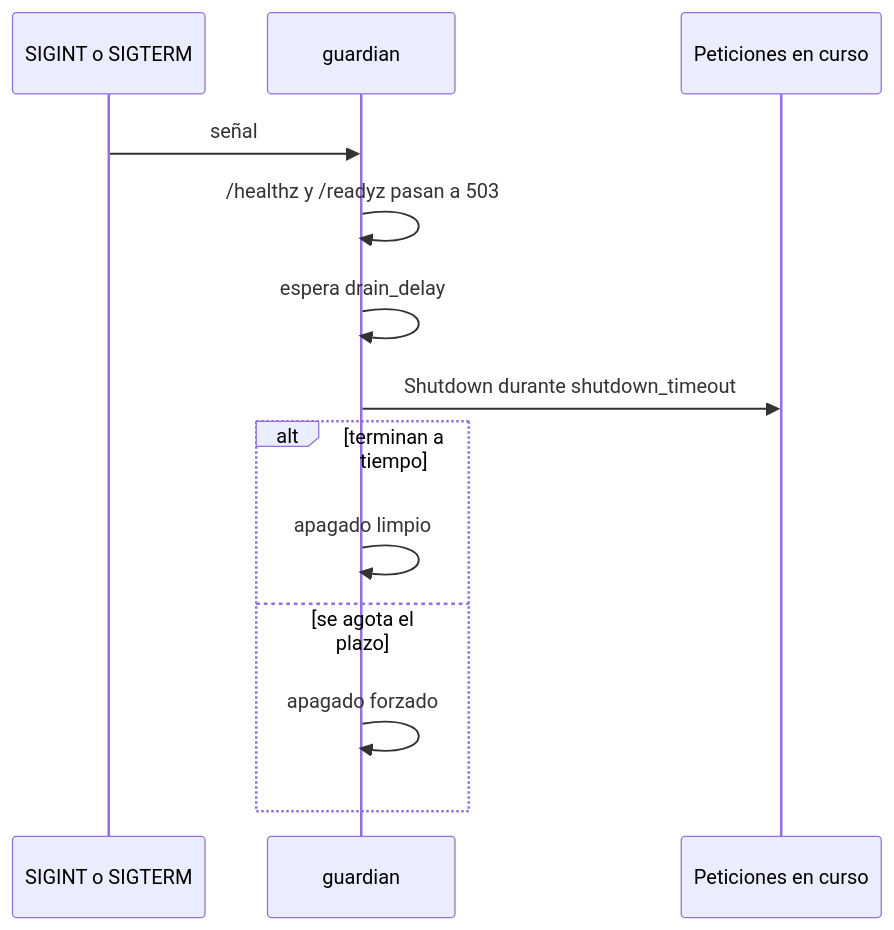
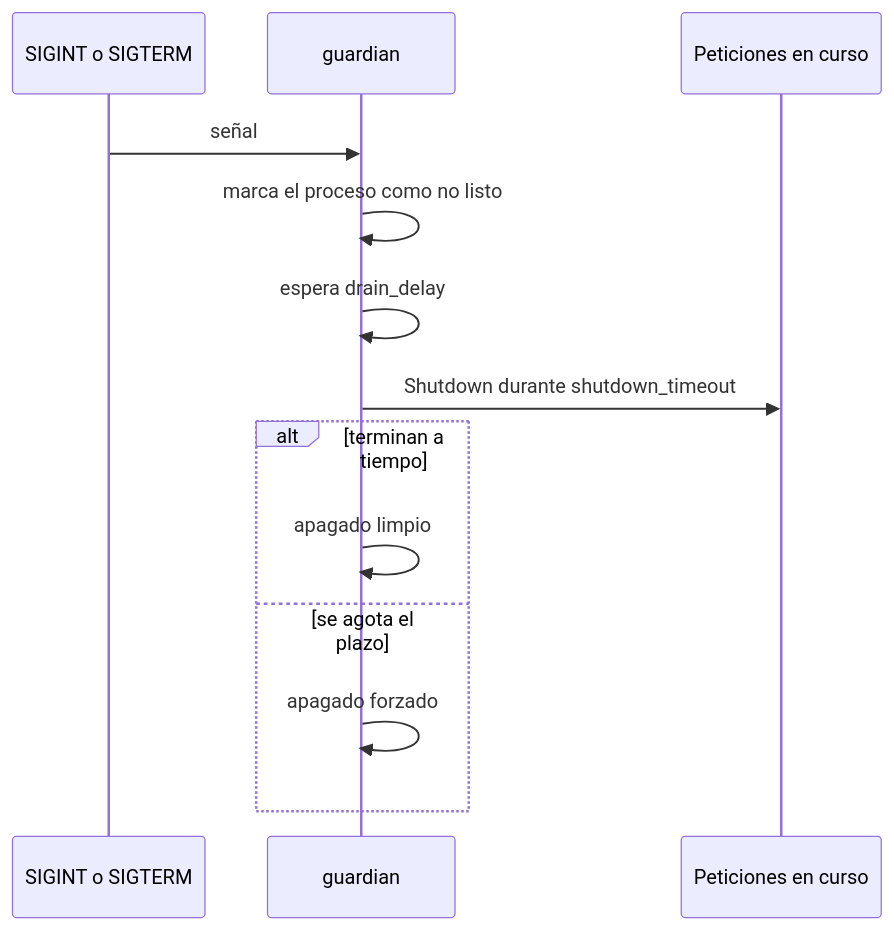
The seventh of 7 diagrams in README.md (fharias/guardian-scrapy), drawn with Mermaid before and after one commit. The commit also changed other lines of this file and 1 other file, not shown here.

````diff
--- a/README.md
+++ b/README.md
@@ -321,16 +338,16 @@
 ```mermaid
 sequenceDiagram
   participant SO as SIGINT o SIGTERM
   participant G as guardian
   participant C as Peticiones en curso
 
   SO->>G: señal
-  G->>G: /healthz y /readyz pasan a 503
+  G->>G: marca el proceso como no listo
   G->>G: espera drain_delay
   G->>C: Shutdown durante shutdown_timeout
   alt terminan a tiempo
     G->>G: apagado limpio
   else se agota el plazo
     G->>G: apagado forzado
   end
 ```
````
